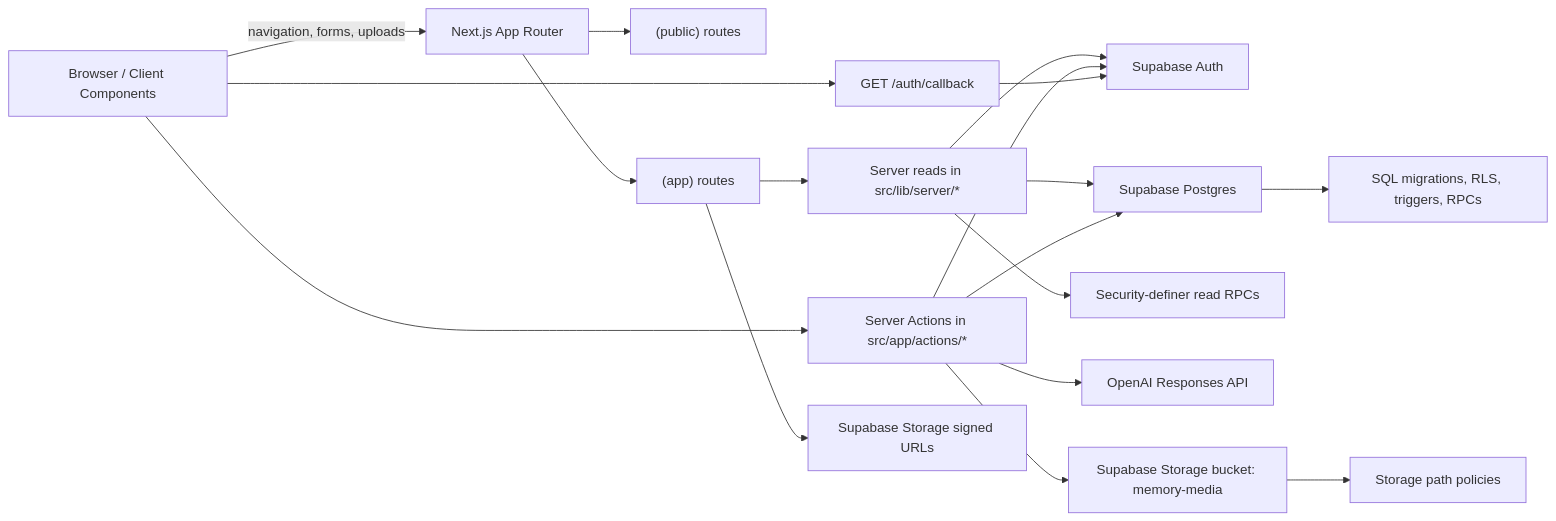
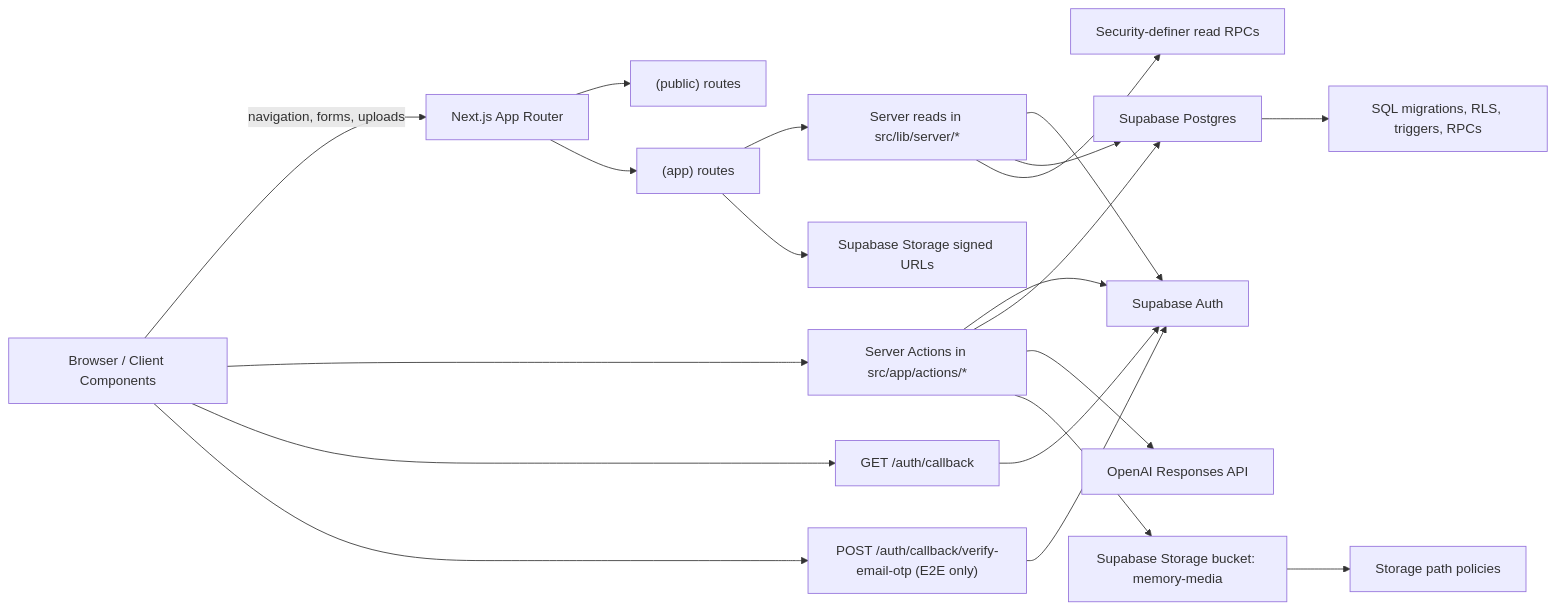
One commit to ltphuoc/phuocanh changed the diagram in docs/engineering/system-architecture.md. Above: the diagram before and after it, drawn with Mermaid. The commit also changed other lines of this file and 54 other files, not shown here.

````diff
--- a/docs/engineering/system-architecture.md
+++ b/docs/engineering/system-architecture.md
@@ -6,22 +6,24 @@
 ```mermaid
 flowchart LR
   Browser["Browser / Client Components"] -->|navigation, forms, uploads| Next["Next.js App Router"]
   Next --> Public["(public) routes"]
   Next --> App["(app) routes"]
   App --> Reads["Server reads in src/lib/server/*"]
   Browser --> Actions["Server Actions in src/app/actions/*"]
   Browser --> Callback["GET /auth/callback"]
+  Browser --> OtpHelper["POST /auth/callback/verify-email-otp (E2E only)"]
 
   Reads --> Auth["Supabase Auth"]
   Reads --> PG["Supabase Postgres"]
   Reads --> ReadRpcs["Security-definer read RPCs"]
   App --> StorageRead["Supabase Storage signed URLs"]
   Actions --> Auth
   Actions --> PG
   Actions --> OpenAI["OpenAI Responses API"]
   Actions --> Storage["Supabase Storage bucket: memory-media"]
   Callback --> Auth
+  OtpHelper --> Auth
 
   PG --> SQL["SQL migrations, RLS, triggers, RPCs"]
   Storage --> Policies["Storage path policies"]
 ```
````
